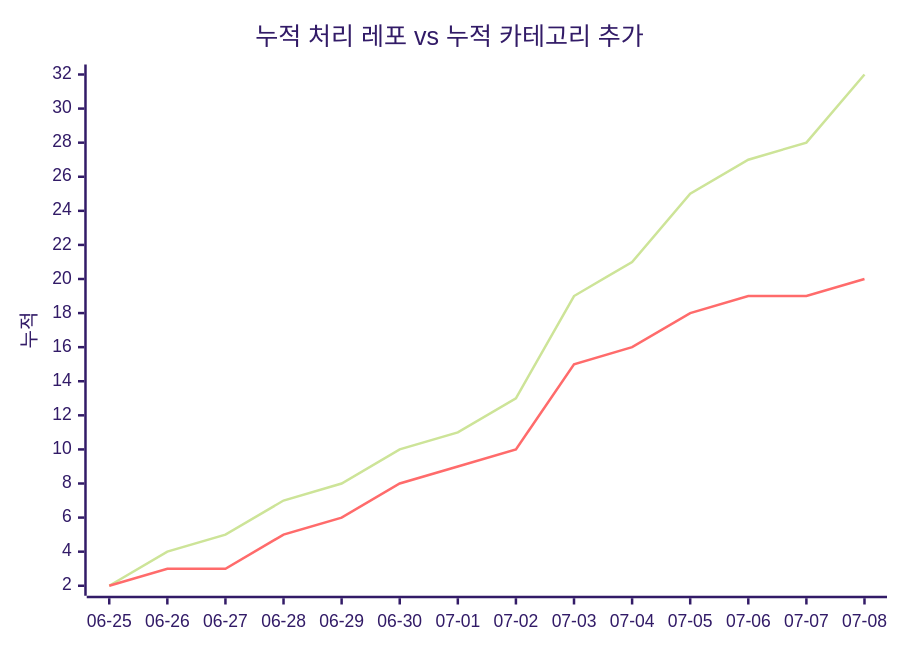
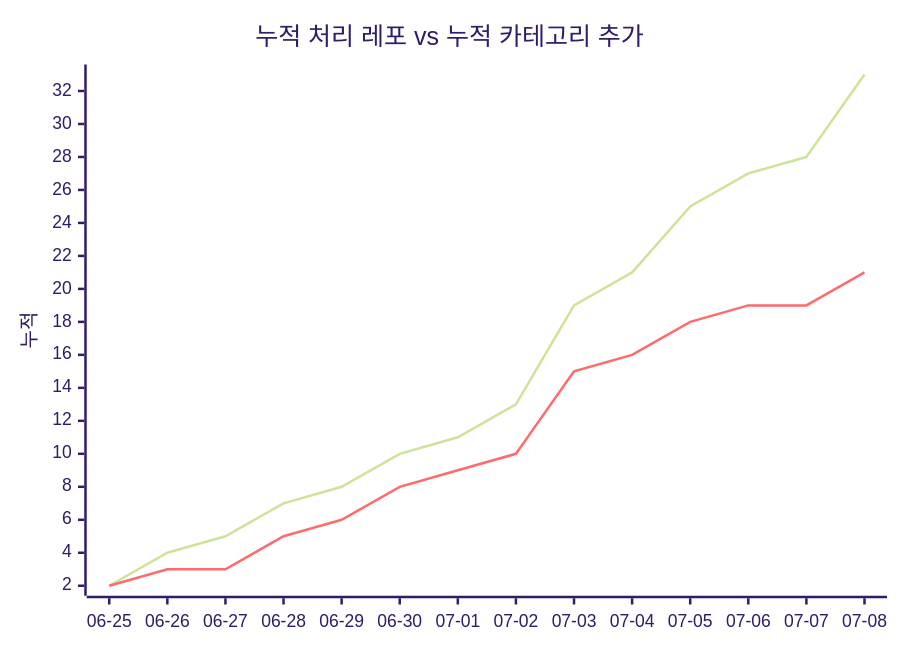
The second of 2 diagrams in docs/trends.md (J-nowcow/awesome-korean-agent-skills), drawn with Mermaid (forest theme) before and after one commit. The commit also changed other lines of this file and 3 other files, not shown here.

````diff
--- a/docs/trends.md
+++ b/docs/trends.md
@@ -68,8 +68,8 @@
 ```mermaid
 xychart-beta
     title "누적 처리 레포 vs 누적 카테고리 추가"
     x-axis ["06-25","06-26","06-27","06-28","06-29","06-30","07-01","07-02","07-03","07-04","07-05","07-06","07-07","07-08"]
     y-axis "누적"
-    line [2,4,5,7,8,10,11,13,19,21,25,27,28,32]
-    line [2,3,3,5,6,8,9,10,15,16,18,19,19,20]
+    line [2,4,5,7,8,10,11,13,19,21,25,27,28,33]
+    line [2,3,3,5,6,8,9,10,15,16,18,19,19,21]
 ```
````
